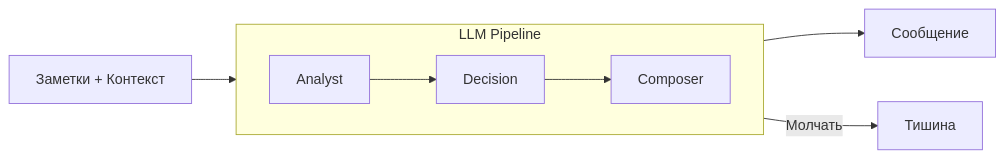
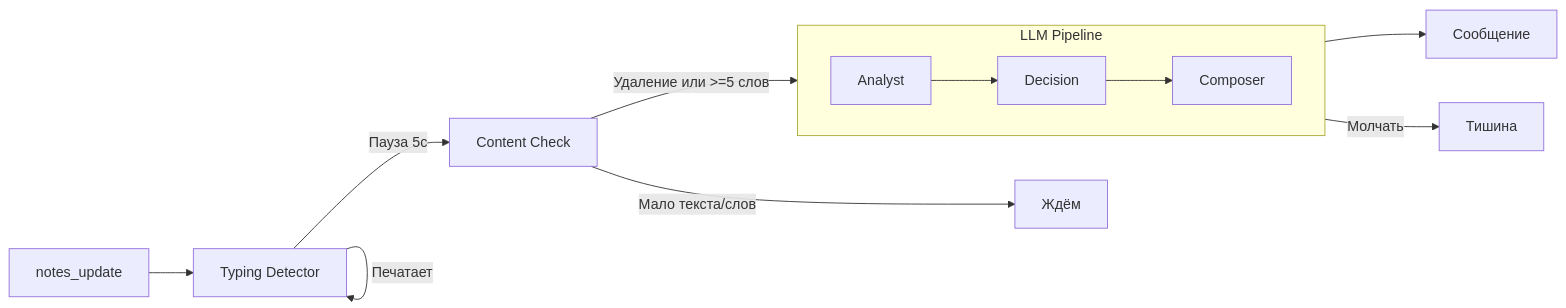
One commit to ustrikovn/O2O changed the diagram in docs/features/assistant.md. Above: the diagram before and after it, drawn with Mermaid. The commit also changed other lines of this file and 29 other files, not shown here.

````diff
--- a/docs/features/assistant.md
+++ b/docs/features/assistant.md
@@ -35,13 +39,19 @@
 ```mermaid
 graph LR
-    INPUT[Заметки + Контекст] --> A
-
-    subgraph pipeline [LLM Pipeline]
+    INPUT[notes_update] --> TD[Typing Detector]
+    
+    TD -->|"Пауза 5с"| CC[Content Check]
+    TD -->|"Печатает"| TD
+    
+    CC -->|"Удаление или >=5 слов"| PIPELINE
+    CC -->|"Мало текста/слов"| WAIT[Ждём]
+    
+    subgraph PIPELINE [LLM Pipeline]
         direction LR
         A[Analyst] --> D[Decision]
         D --> C[Composer]
     end
 
     C --> MSG[Сообщение]
     D -->|Молчать| SILENT[Тишина]
 ```
````
